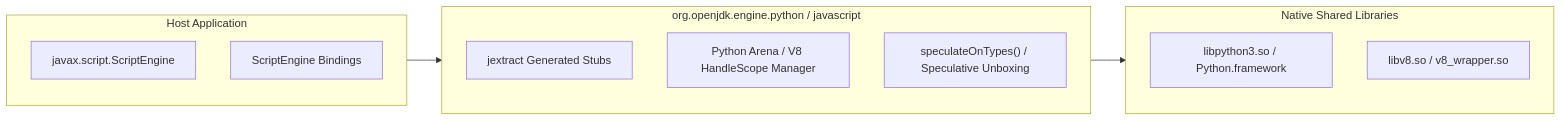
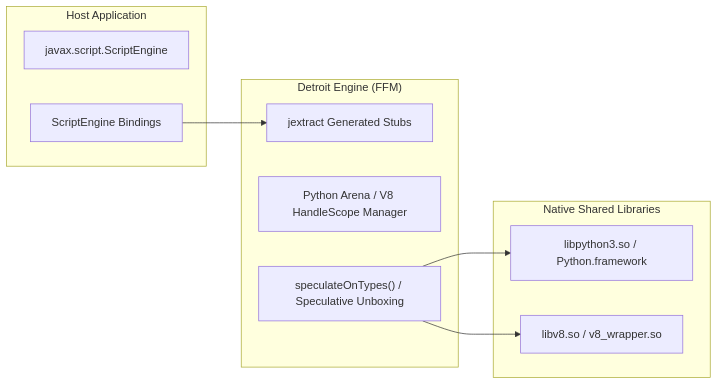
One commit to rsrini7/Learnings changed the third of 8 diagrams in Engineering/JVM/Project-Detroit-Java-Polyglot-Runtimes-Nov-2026.md. Above: the diagram before and after it, drawn with Mermaid. The commit also changed 7 other files, not shown here.

First line of the commit message:
docs: update mermaid flowcharts in documentation

````diff
--- a/Engineering/JVM/Project-Detroit-Java-Polyglot-Runtimes-Nov-2026.md
+++ b/Engineering/JVM/Project-Detroit-Java-Polyglot-Runtimes-Nov-2026.md
@@ -108,21 +108,22 @@
 ```mermaid
 flowchart LR
     subgraph JavaApp["Host Application"]
         SE["javax.script.ScriptEngine"]
         Bindings["ScriptEngine Bindings"]
     end
 
-    subgraph DetroitEngine["org.openjdk.engine.python / javascript"]
+    subgraph DetroitEngine["Detroit Engine (FFM)"]
         JE["jextract Generated Stubs"]
         ArenaMgr["Python Arena / V8 HandleScope Manager"]
         TypeSwitch[" speculateOnTypes() / Speculative Unboxing"]
     end
 
     subgraph NativeLib["Native Shared Libraries"]
         CPython["libpython3.so / Python.framework"]
         V8["libv8.so / v8_wrapper.so"]
     end
 
-    JavaApp --> DetroitEngine
-    DetroitEngine --> NativeLib
+    Bindings --> JE
+    TypeSwitch --> CPython
+    TypeSwitch --> V8
 ```
````
